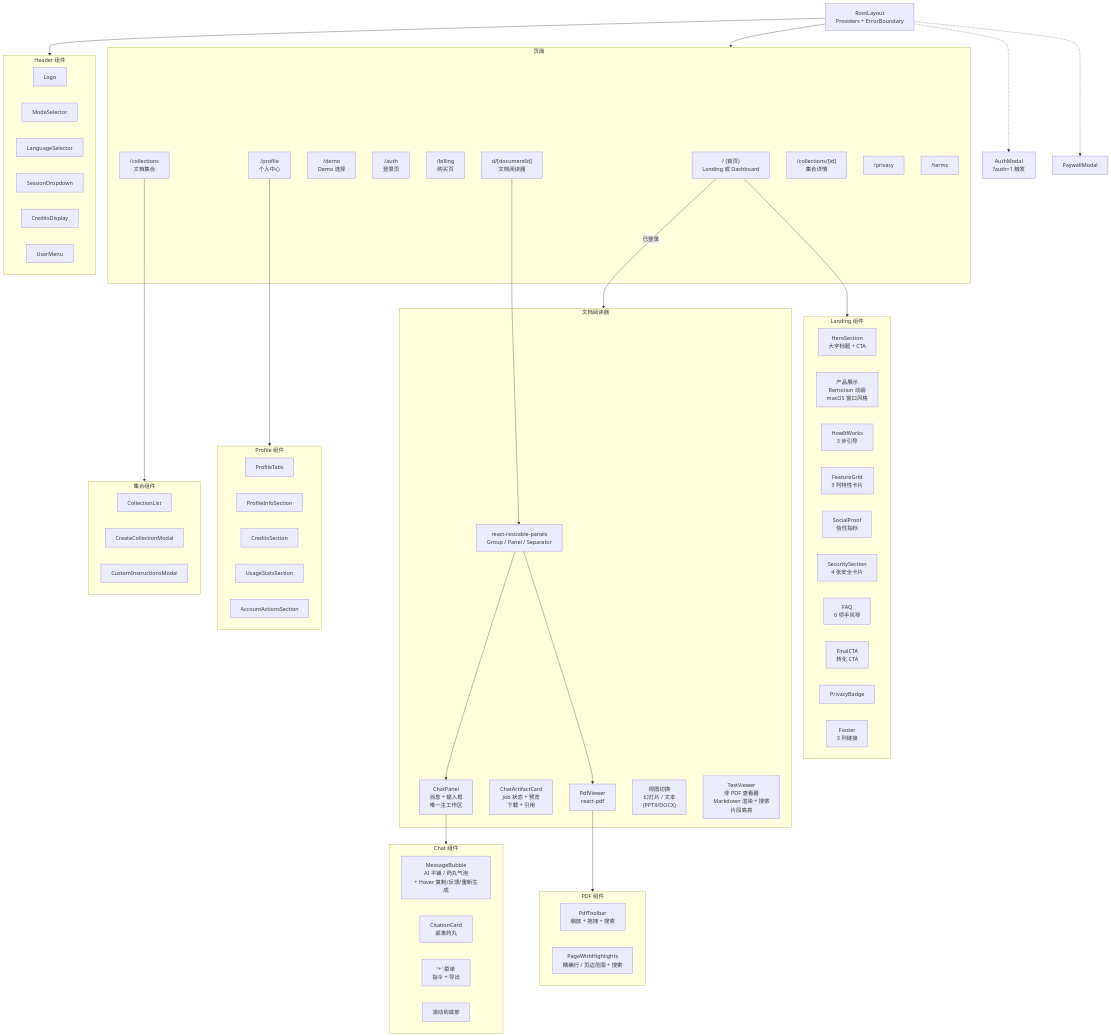
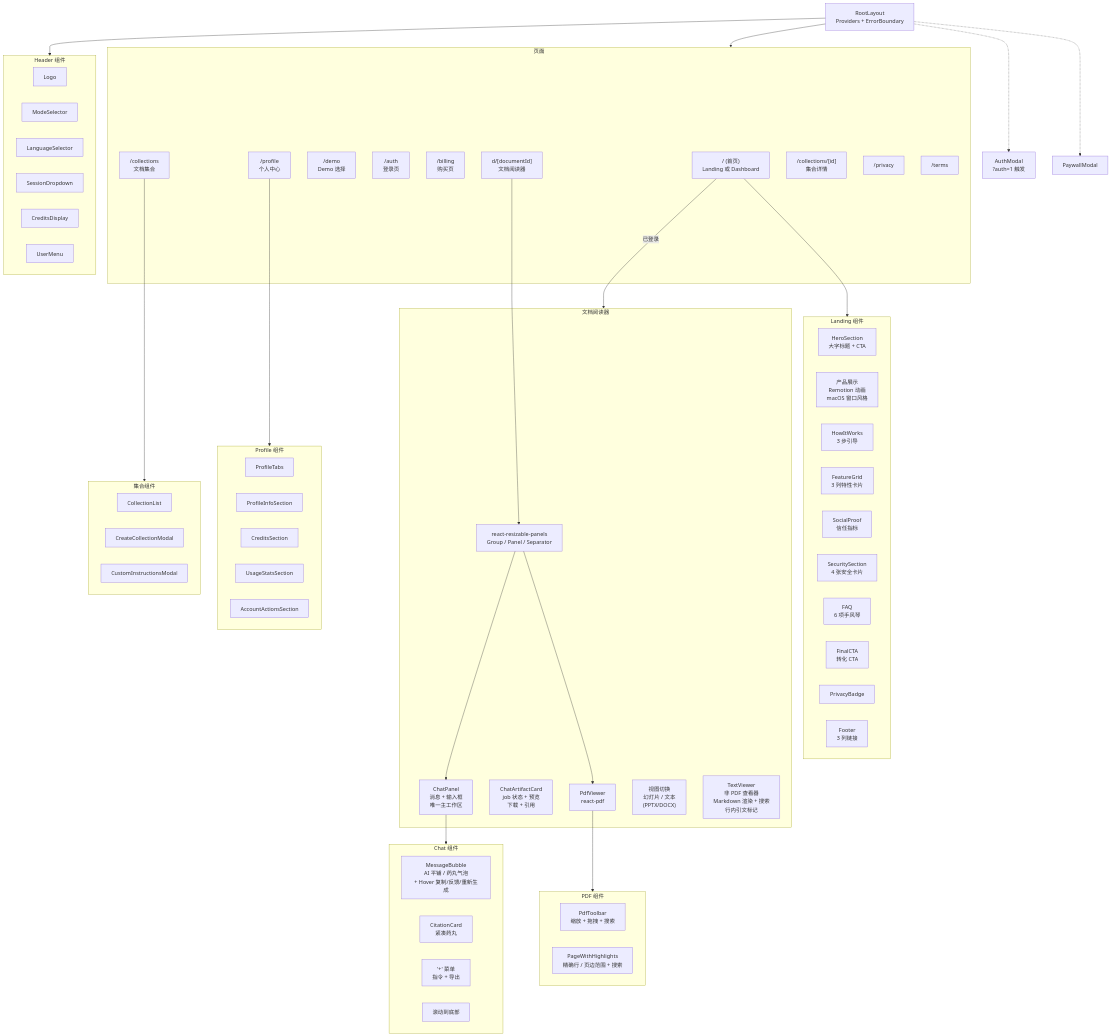
Before and after one commit to Rswcf/DocTalk: the ninth of 10 diagrams in docs/ARCHITECTURE.zh.md, drawn with Mermaid. The commit also changed other lines of this file and 3 other files, not shown here.

```diff
--- a/docs/ARCHITECTURE.zh.md
+++ b/docs/ARCHITECTURE.zh.md
@@ -775,7 +775,7 @@
         ArtifactCard["ChatArtifactCard<br/>job 状态 + 预览<br/>下载 + 引用"]
         PdfViewer["PdfViewer<br/>react-pdf"]
         ViewToggle["视图切换<br/>幻灯片 / 文本<br/>(PPTX/DOCX)"]
-        TextViewer["TextViewer<br/>非 PDF 查看器<br/>Markdown 渲染 + 搜索<br/>片段高亮"]
+        TextViewer["TextViewer<br/>非 PDF 查看器<br/>Markdown 渲染 + 搜索<br/>行内引文标记"]
     end
 
     subgraph ChatComp["Chat 组件"]
```
